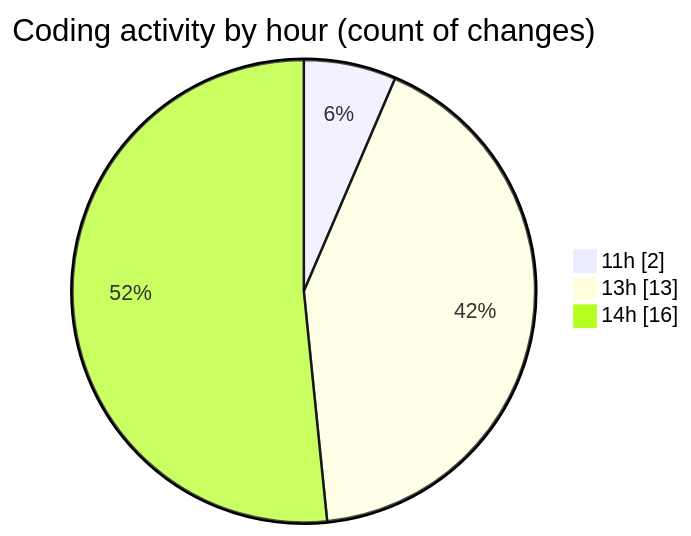
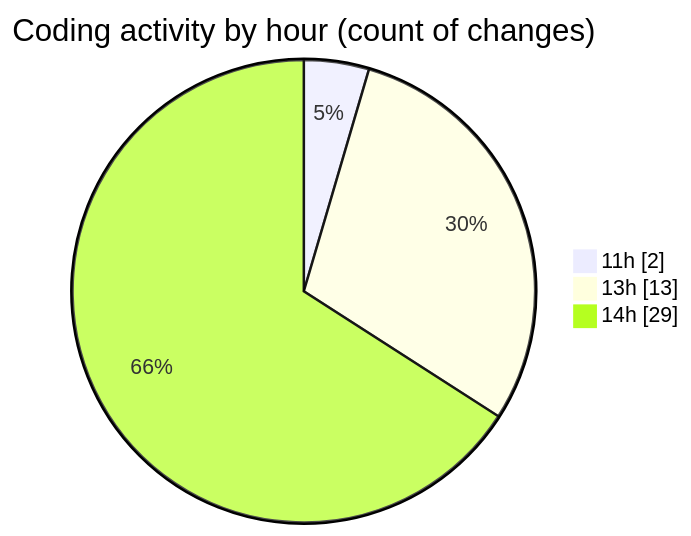
Before and after one commit to nxtqubesakshisongat/code-tracking: the second of 2 diagrams in 2026-03-22/nxtqube_webapp/README.md, drawn with Mermaid. The commit also changed other lines of this file and 1 other file, not shown here.

````diff
--- a/2026-03-22/nxtqube_webapp/README.md
+++ b/2026-03-22/nxtqube_webapp/README.md
@@ -30,7 +30,7 @@
 ```mermaid
 pie showData
 title Coding activity by hour (count of changes)
 "11h" : 2
 "13h" : 13
-"14h" : 16
+"14h" : 29
 ```
````
